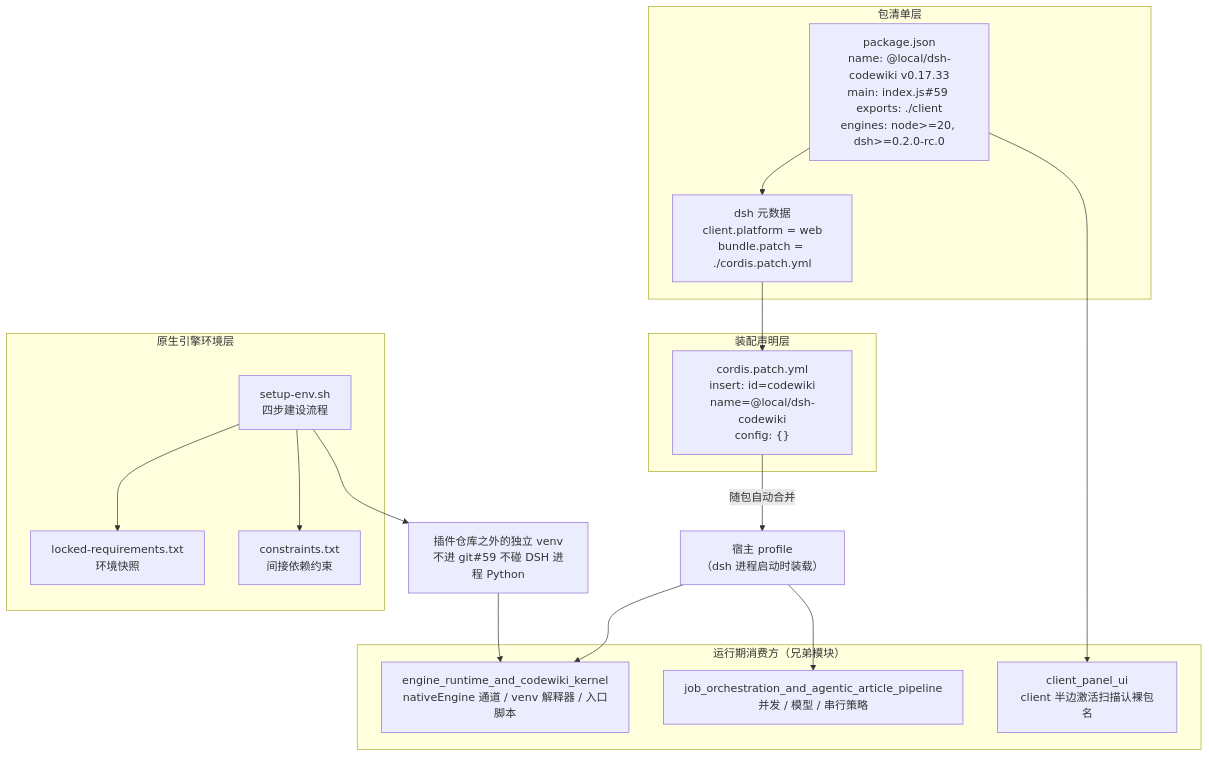
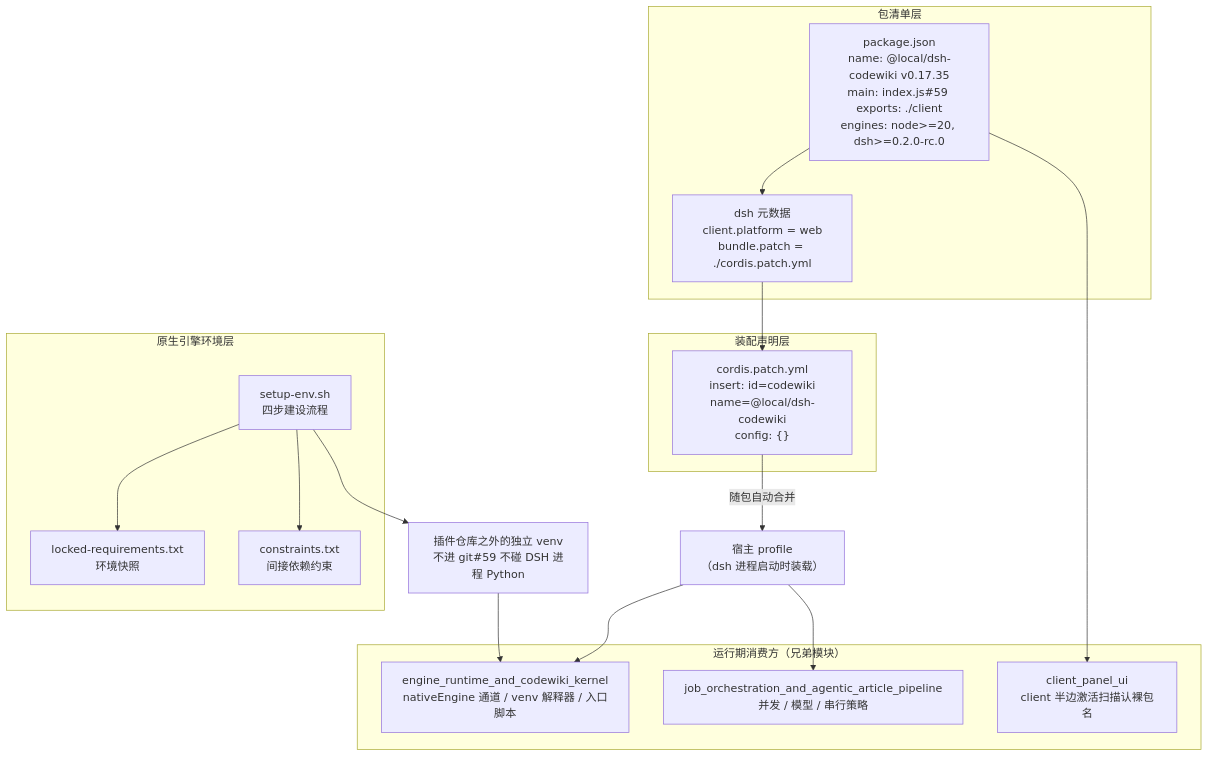
Before and after one commit to ikliml666/dsh-codewiki: the first of 3 diagrams in .codewiki/modules/build-and-configuration.md, drawn with Mermaid. The commit also changed other lines of this file and 14 other files, not shown here.

````diff
--- a/.codewiki/modules/build-and-configuration.md
+++ b/.codewiki/modules/build-and-configuration.md
@@ -28,35 +28,35 @@
 ```mermaid
 flowchart TB
     subgraph PKG["包清单层"]
-        PJ["package.json<br/>name: @local/dsh-codewiki v0.17.33<br/>main: index.js#59 exports: ./client<br/>engines: node>=20, dsh>=0.2.0-rc.0"]
+        PJ["package.json<br/>name: @local/dsh-codewiki v0.17.35<br/>main: index.js#59 exports: ./client<br/>engines: node>=20, dsh>=0.2.0-rc.0"]
         DSHMETA["dsh 元数据<br/>client.platform = web<br/>bundle.patch = ./cordis.patch.yml"]
     end
 
     subgraph PATCH["装配声明层"]
         CP["cordis.patch.yml<br/>insert: id=codewiki<br/>name=@local/dsh-codewiki<br/>config: {}"]
     end
 
     subgraph ENV["原生引擎环境层"]
         SH["setup-env.sh<br/>四步建设流程"]
         LOCK["locked-requirements.txt<br/>环境快照"]
         CON["constraints.txt<br/>间接依赖约束"]
     end
 
     subgraph RUNTIME["运行期消费方（兄弟模块）"]
         ENG["engine_runtime_and_codewiki_kernel<br/>nativeEngine 通道 / venv 解释器 / 入口脚本"]
         JOB["job_orchestration_and_agentic_article_pipeline<br/>并发 / 模型 / 串行策略"]
         UI["client_panel_ui<br/>client 半边激活扫描认裸包名"]
     end
 
     PJ --> DSHMETA
     DSHMETA --> CP
     CP -->|"随包自动合并"| PROFILE["宿主 profile<br/>（dsh 进程启动时装载）"]
     SH --> LOCK
     SH --> CON
     SH --> VENV["插件仓库之外的独立 venv<br/>不进 git#59 不碰 DSH 进程 Python"]
 
     PROFILE --> JOB
     PROFILE --> ENG
     VENV --> ENG
     PJ --> UI
 ```
````
